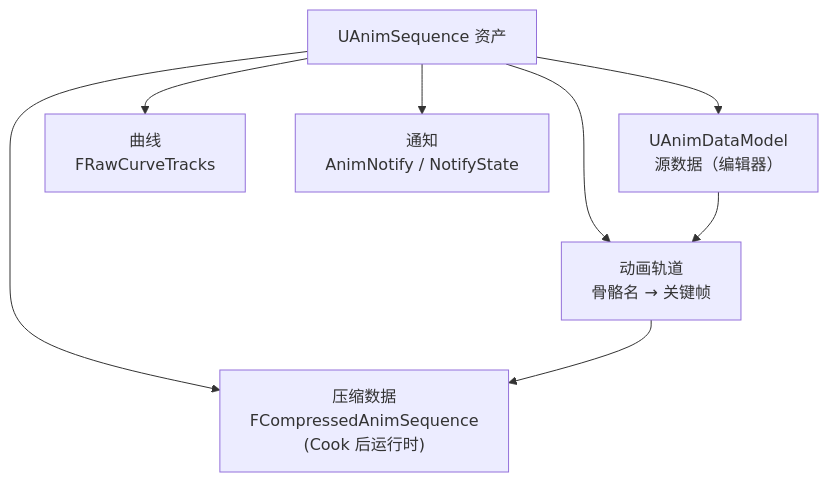
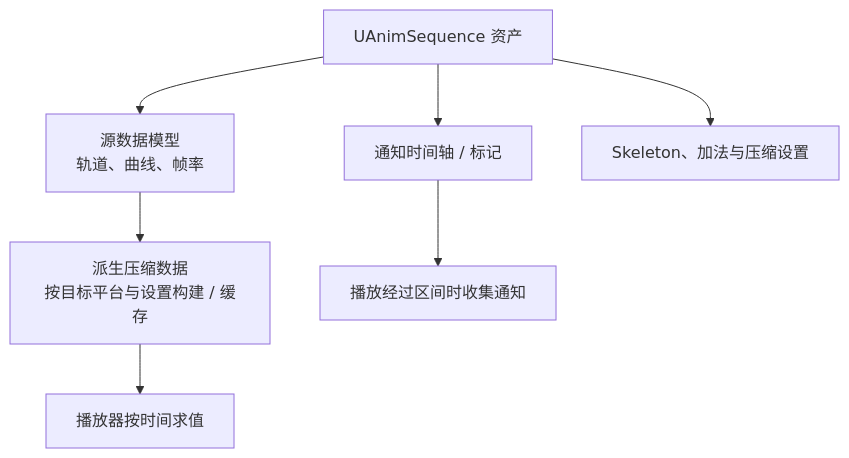
Before and after one commit to fantuan812/learning: the fourth of 4 diagrams in 知识/04-图形动画与物理仿真/动画求值与角色表现/07-动画资产与骨骼基础.md, drawn with Mermaid. The commit also changed other lines of this file and 2 other files, not shown here.

````diff
--- a/知识/04-图形动画与物理仿真/动画求值与角色表现/07-动画资产与骨骼基础.md
+++ b/知识/04-图形动画与物理仿真/动画求值与角色表现/07-动画资产与骨骼基础.md
@@ -199,10 +255,9 @@
 ```mermaid
 flowchart TD
-    AS["UAnimSequence 资产"] --> DM["UAnimDataModel<br/>源数据（编辑器）"]
-    AS --> TR["动画轨道<br/>骨骼名 → 关键帧"]
-    AS --> CR["曲线<br/>FRawCurveTracks"]
-    AS --> NT["通知<br/>AnimNotify / NotifyState"]
-    AS --> CP["压缩数据<br/>FCompressedAnimSequence<br/>(Cook 后运行时)"]
-    DM --> TR
-    TR --> CP
+    AS["UAnimSequence 资产"] --> DM["源数据模型<br/>轨道、曲线、帧率"]
+    AS --> NT["通知时间轴 / 标记"]
+    AS --> ST["Skeleton、加法与压缩设置"]
+    DM --> CP["派生压缩数据<br/>按目标平台与设置构建 / 缓存"]
+    CP --> PL["播放器按时间求值"]
+    NT --> EV["播放经过区间时收集通知"]
 ```
````
